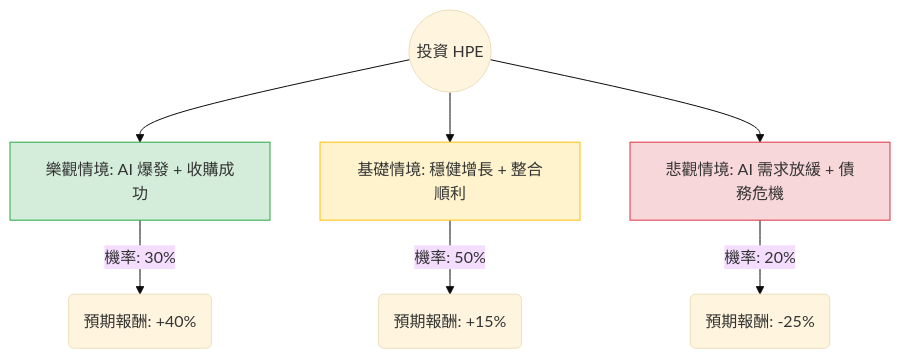
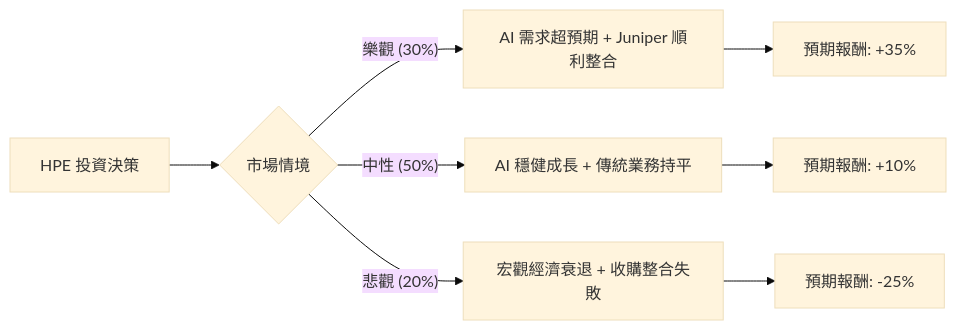
One commit to zmcx16/zmcx16.github.io changed the diagram in plugin-react/ai-analysis/ev-analysis/HPE.md. Above: the diagram before and after it, drawn with Mermaid (base theme). The commit also changed other lines of this file and 79 other files, not shown here.

````diff
--- a/plugin-react/ai-analysis/ev-analysis/HPE.md
+++ b/plugin-react/ai-analysis/ev-analysis/HPE.md
@@ -20,14 +22,12 @@
 ```mermaid
-graph TD
-    Start((投資 HPE)) --> Bull[樂觀情境: AI 爆發 + 收購成功]
-    Start --> Base[基礎情境: 穩健增長 + 整合順利]
-    Start --> Bear[悲觀情境: AI 需求放緩 + 債務危機]
+graph LR
+    A[HPE 投資決策] --> B{市場情境}
+    
+    B -- 樂觀 (30%) --> C[AI 需求超預期 + Juniper 順利整合]
+    B -- 中性 (50%) --> D[AI 穩健成長 + 傳統業務持平]
+    B -- 悲觀 (20%) --> E[宏觀經濟衰退 + 收購整合失敗]
 
-    Bull -- "機率: 30%" --> BullResult(預期報酬: +40%)
-    Base -- "機率: 50%" --> BaseResult(預期報酬: +15%)
-    Bear -- "機率: 20%" --> BearResult(預期報酬: -25%)
-
-    style Bull fill:#d4edda,stroke:#28a745
-    style Base fill:#fff3cd,stroke:#ffc107
-    style Bear fill:#f8d7da,stroke:#dc3545
+    C --> C1[預期報酬: +35%]
+    D --> D1[預期報酬: +10%]
+    E --> E1[預期報酬: -25%]
 ```
````
